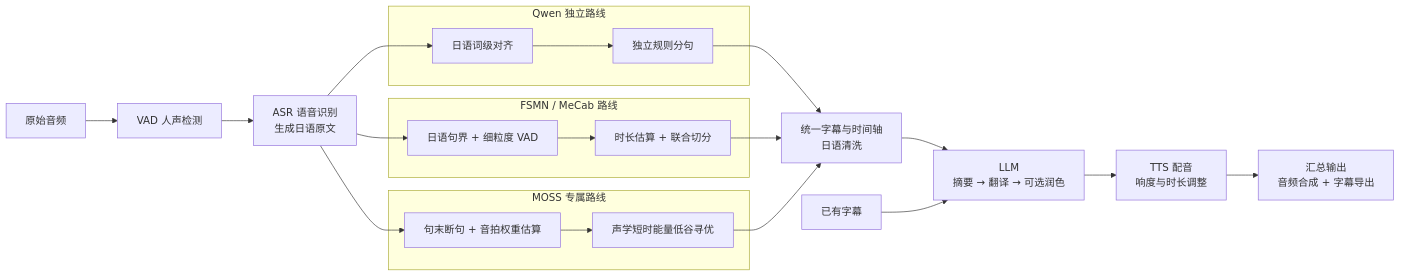
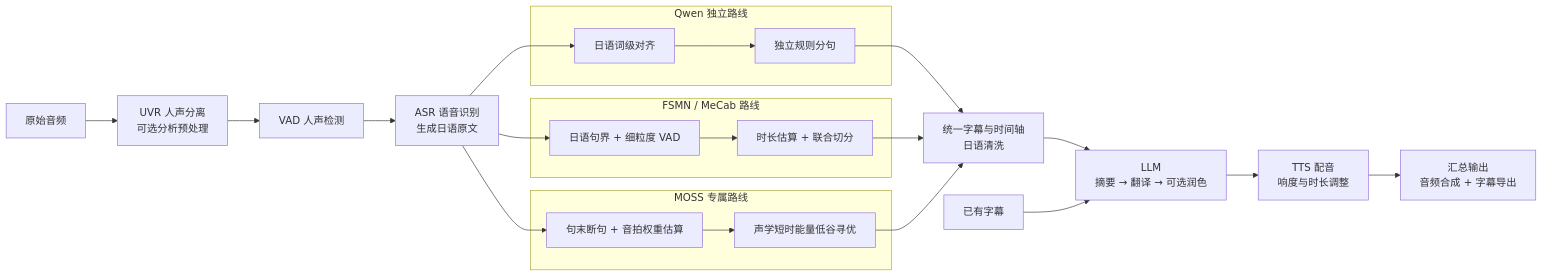
Before and after one commit to wanasummer/ASMRTranslator-backend: the diagram in README.md, drawn with Mermaid. The commit also changed 23 other files, not shown here.

````diff
--- a/README.md
+++ b/README.md
@@ -48,28 +48,29 @@
 ```mermaid
 flowchart LR
-    Audio["原始音频"] --> VAD["VAD 人声检测"]
+    Audio["原始音频"] --> UVR["UVR 人声分离<br/>可选分析预处理"]
+    UVR --> VAD["VAD 人声检测"]
     VAD --> ASR["ASR 语音识别<br/>生成日语原文"]
 
     subgraph Qwen["Qwen 独立路线"]
         QAlign["日语词级对齐"] --> QSplit["独立规则分句"]
     end
 
     subgraph FSMN["FSMN / MeCab 路线"]
         FDetect["日语句界 + 细粒度 VAD"] --> FAlign["时长估算 + 联合切分"]
     end
 
     subgraph MOSS["MOSS 专属路线"]
         MDetect["句末断句 + 音拍权重估算"] --> MAlign["声学短时能量低谷寻优"]
     end
 
     ASR --> QAlign
     ASR --> FDetect
     ASR --> MDetect
     QSplit --> Merge["统一字幕与时间轴<br/>日语清洗"]
     FAlign --> Merge
     MAlign --> Merge
     Merge --> LLM["LLM<br/>摘要 → 翻译 → 可选润色"]
     Subtitle["已有字幕"] --> LLM
     LLM --> TTS["TTS 配音<br/>响度与时长调整"]
     TTS --> Output["汇总输出<br/>音频合成 + 字幕导出"]
 ```
````
